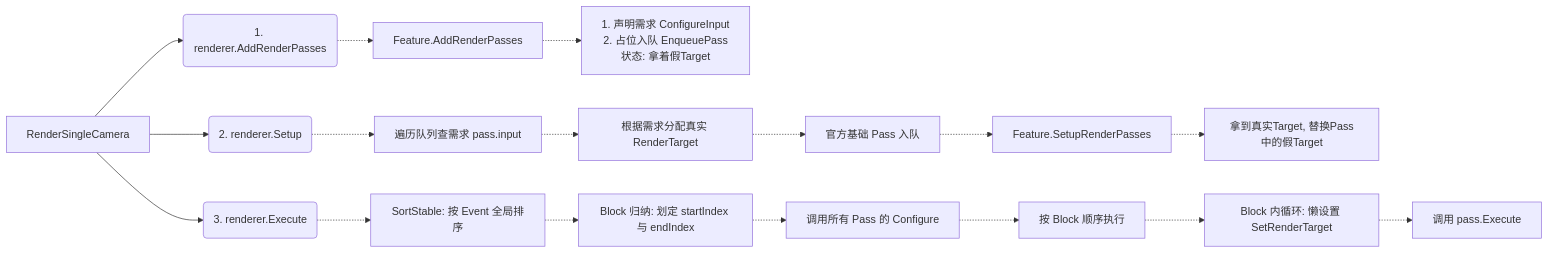
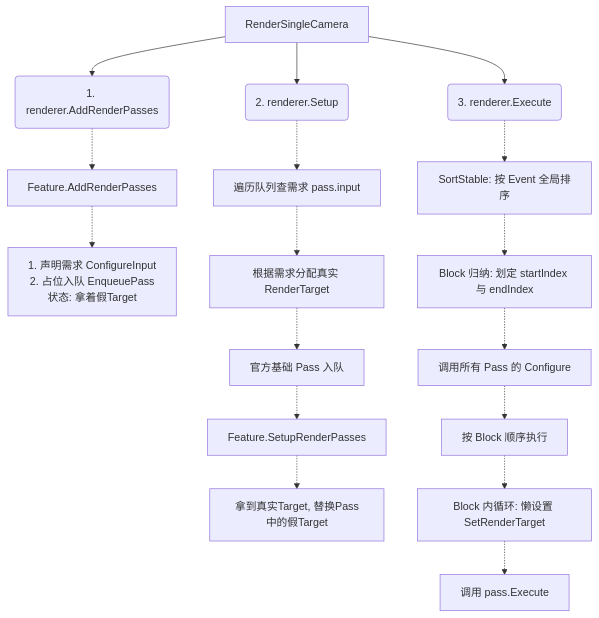
The third of 3 diagrams in content/Tech-Notes/Unity SRP渲染管线的架构概述以及URP对其的拓展.md (MonkeyAss-byte/Blog), drawn with Mermaid before and after one commit.

Commit message:
update notes: 2026-08-03 23:19:49

````diff
--- a/content/Tech-Notes/Unity SRP渲染管线的架构概述以及URP对其的拓展.md
+++ b/content/Tech-Notes/Unity SRP渲染管线的架构概述以及URP对其的拓展.md
@@ -211,22 +211,22 @@
 ```mermaid
-graph LR
+graph 
     A["RenderSingleCamera"] --> B("1. renderer.AddRenderPasses")
     A --> C("2. renderer.Setup")
     A --> D("3. renderer.Execute")
     
     B -.-> B1["Feature.AddRenderPasses"]
     B1 -.-> B2["1. 声明需求 ConfigureInput<br>2. 占位入队 EnqueuePass<br>状态: 拿着假Target"]
     
     C -.-> C1["遍历队列查需求 pass.input"]
     C1 -.-> C2["根据需求分配真实 RenderTarget"]
     C2 -.-> C3["官方基础 Pass 入队"]
     C3 -.-> C4["Feature.SetupRenderPasses"]
     C4 -.-> C5["拿到真实Target, 替换Pass中的假Target"]
     
     D -.-> D1["SortStable: 按 Event 全局排序"]
     D1 -.-> D2["Block 归纳: 划定 startIndex 与 endIndex"]
     D2 -.-> D3["调用所有 Pass 的 Configure"]
     D3 -.-> D4["按 Block 顺序执行"]
     D4 -.-> D5["Block 内循环: 懒设置 SetRenderTarget"]
     D5 -.-> D6["调用 pass.Execute"]
 ```
````
